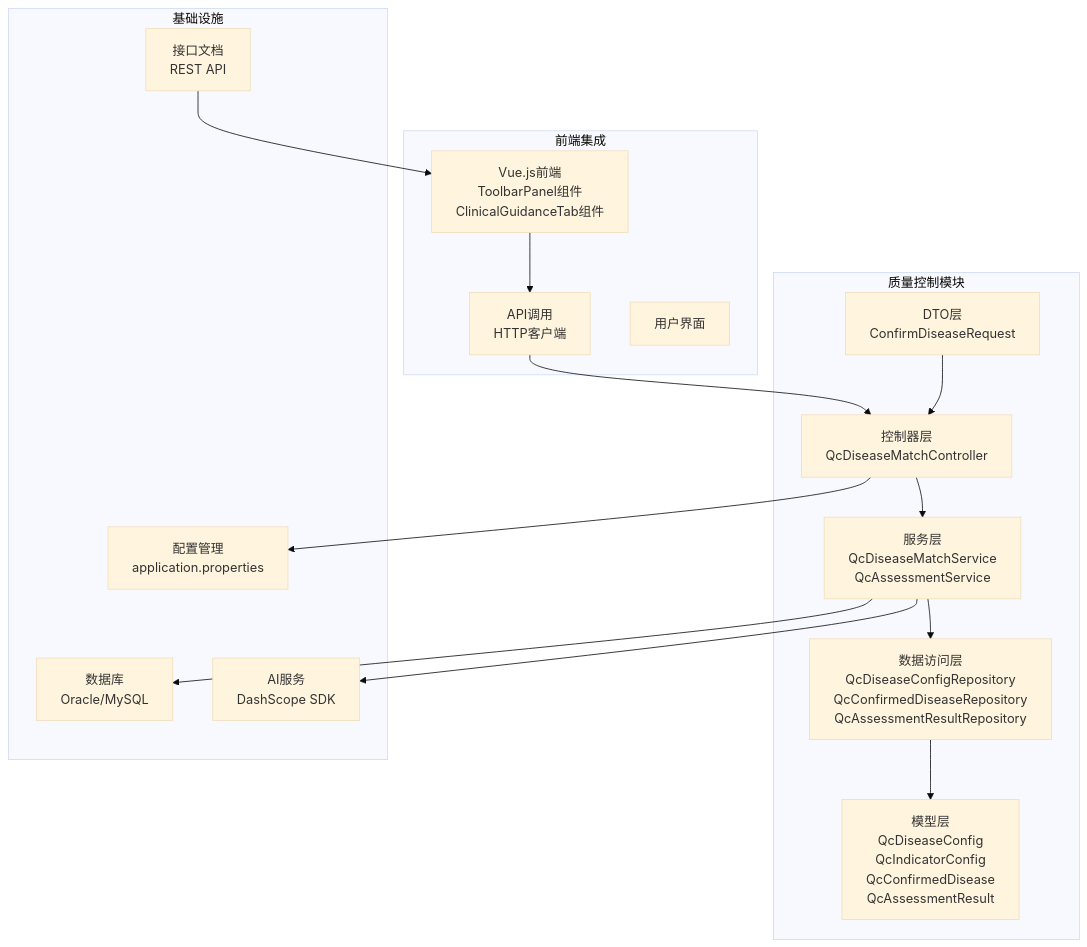
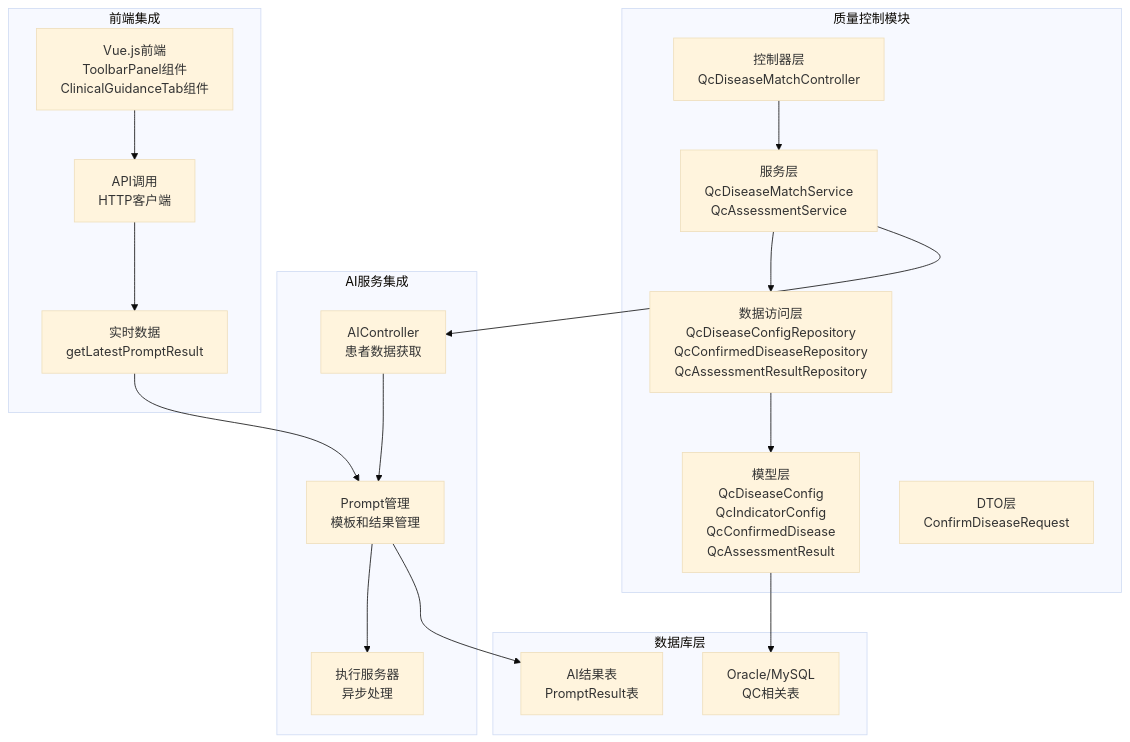
The first of 17 diagrams in .qoder/repowiki/zh/content/核心功能模块/质量控制系统.md (liuzh2008/med_ai_assistant_workspace), drawn with Mermaid (base theme) before and after one commit. The commit also changed other lines of this file and 4 other files, not shown here.

````diff
--- a/.qoder/repowiki/zh/content/核心功能模块/质量控制系统.md
+++ b/.qoder/repowiki/zh/content/核心功能模块/质量控制系统.md
@@ -63,31 +73,35 @@
 ```mermaid
 graph TB
 subgraph "质量控制模块"
 A[控制器层<br/>QcDiseaseMatchController]
 B[服务层<br/>QcDiseaseMatchService<br/>QcAssessmentService]
 C[数据访问层<br/>QcDiseaseConfigRepository<br/>QcConfirmedDiseaseRepository<br/>QcAssessmentResultRepository]
 D[模型层<br/>QcDiseaseConfig<br/>QcIndicatorConfig<br/>QcConfirmedDisease<br/>QcAssessmentResult]
 E[DTO层<br/>ConfirmDiseaseRequest]
 end
-subgraph "基础设施"
-F[数据库<br/>Oracle/MySQL]
-G[AI服务<br/>DashScope SDK]
-H[配置管理<br/>application.properties]
-I[接口文档<br/>REST API]
+subgraph "AI服务集成"
+F[AIController<br/>患者数据获取]
+G[Prompt管理<br/>模板和结果管理]
+H[执行服务器<br/>异步处理]
 end
 subgraph "前端集成"
-J[Vue.js前端<br/>ToolbarPanel组件<br/>ClinicalGuidanceTab组件]
-K[API调用<br/>HTTP客户端]
-L[用户界面]
+I[Vue.js前端<br/>ToolbarPanel组件<br/>ClinicalGuidanceTab组件]
+J[API调用<br/>HTTP客户端]
+K[实时数据<br/>getLatestPromptResult]
+end
+subgraph "数据库层"
+L[Oracle/MySQL<br/>QC相关表]
+M[AI结果表<br/>PromptResult表]
 end
 A --> B
 B --> C
 C --> D
 B --> F
-B --> G
-A --> H
+F --> G
+G --> H
 I --> J
 J --> K
-K --> A
-E --> A
+K --> G
+D --> L
+G --> M
 ```
````
